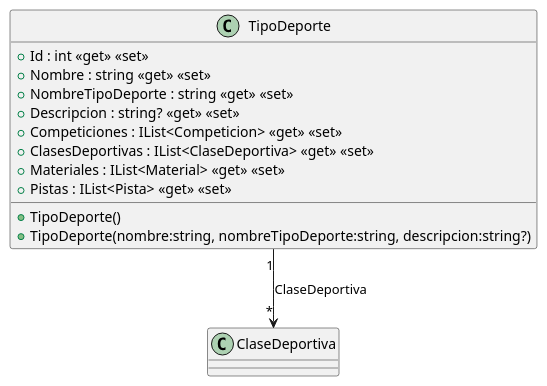
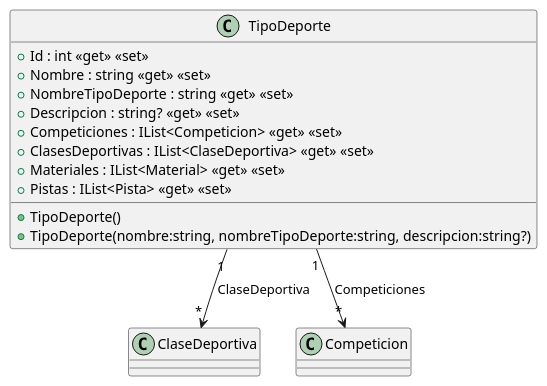
The diagram in src/AppForSEII.API/ClassDiagram/TipoDeporte.puml (ISII26-27RJD/ISII2627-RDJ), drawn with PlantUML before and after one commit. The commit also changed 7 other files, not shown here.

Commit message:
Constructores añadidos asi como archivos .puml para el diagrama de clases del caso de uso inscribirse a una competicion.

```diff
--- a/src/AppForSEII.API/ClassDiagram/TipoDeporte.puml
+++ b/src/AppForSEII.API/ClassDiagram/TipoDeporte.puml
@@ -1,16 +1,18 @@
 @startuml
 class TipoDeporte {
     + TipoDeporte()
     + TipoDeporte(nombre:string, nombreTipoDeporte:string, descripcion:string?)
     + Id : int <<get>> <<set>>
     + Nombre : string <<get>> <<set>>
     + NombreTipoDeporte : string <<get>> <<set>>
     + Descripcion : string? <<get>> <<set>>
     + Competiciones : IList<Competicion> <<get>> <<set>>
     + ClasesDeportivas : IList<ClaseDeportiva> <<get>> <<set>>
     + Materiales : IList<Material> <<get>> <<set>>
     + Pistas : IList<Pista> <<get>> <<set>>
 }
 TipoDeporte "1" --> "*" ClaseDeportiva : ClaseDeportiva
 
+TipoDeporte "1" --> "*" Competicion : Competiciones
+
 @enduml
```
